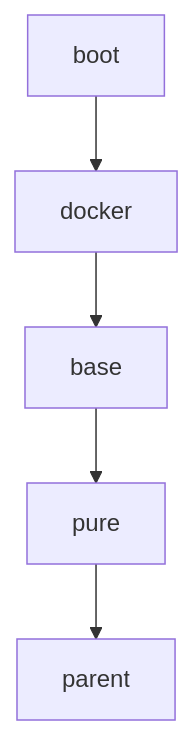
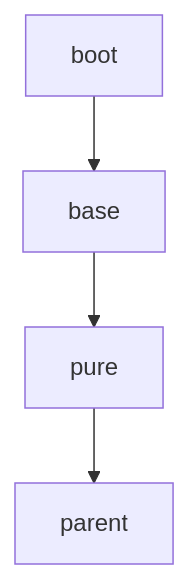
The diagram in README.md (dbstar-org/parent), drawn with Mermaid before and after one commit. The commit also changed other lines of this file and 5 other files, not shown here.

Commit message:
refactor(boot): remove docker module and move git-commit-id-plugin into boot

````diff
--- a/README.md
+++ b/README.md
@@ -30,7 +29,6 @@
 ```mermaid
 graph TD;
     pure-->parent;
     base-->pure;
-    docker-->base;
-    boot-->docker;
+    boot-->base;
 ```
````
